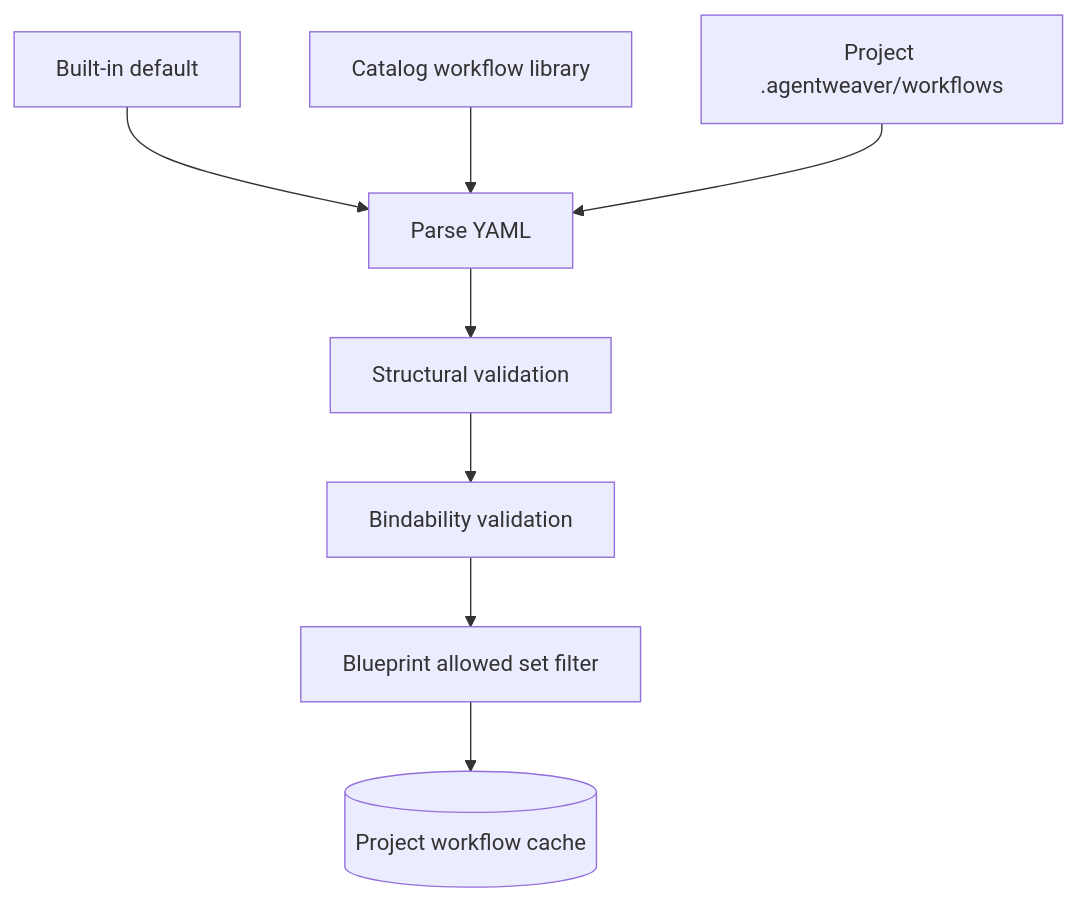
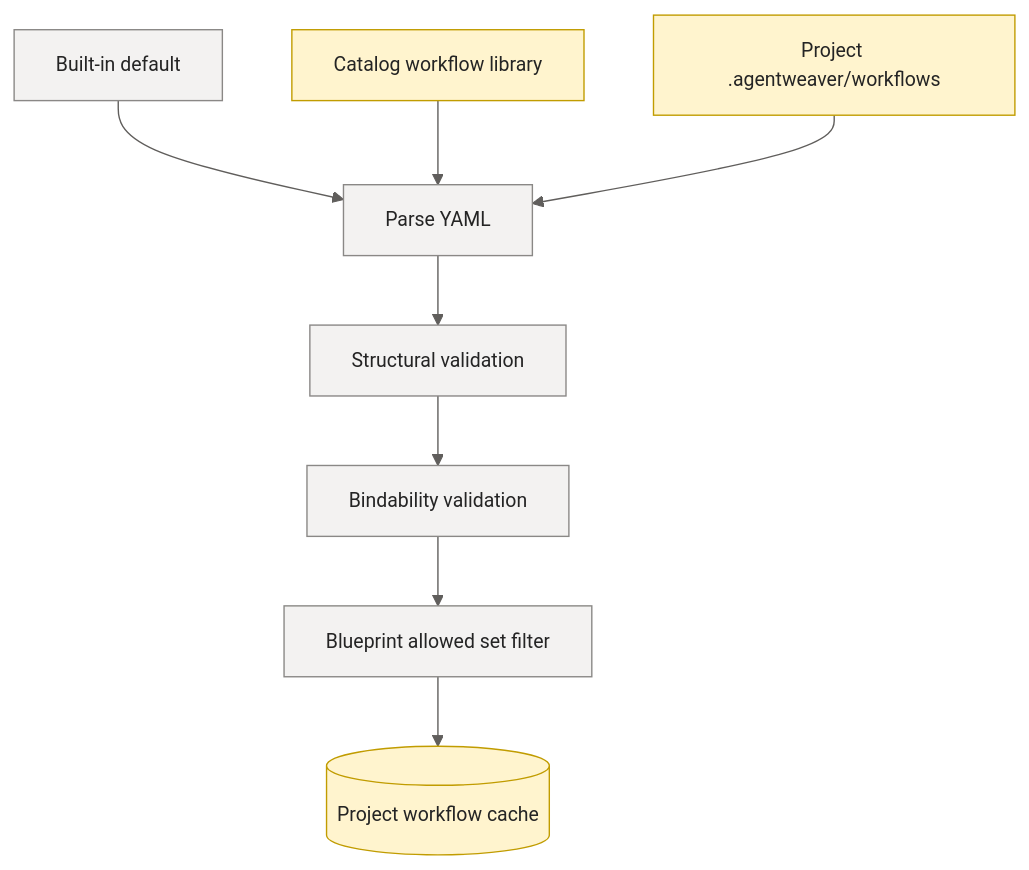
Before and after one commit to sabbour/agentweaver: the fifth of 11 diagrams in docs/deep-dive/workflow-engine.md, drawn with Mermaid. The commit also changed other lines of this file and 13 other files, not shown here.

````diff
--- a/docs/deep-dive/workflow-engine.md
+++ b/docs/deep-dive/workflow-engine.md
@@ -168,16 +242,28 @@
 ```mermaid
+%%{init: {'theme':'base','themeVariables':{'fontFamily':'Segoe UI, system-ui, -apple-system, sans-serif','fontSize':'14px','primaryColor':'#E8EEF9','primaryBorderColor':'#0F6CBD','primaryTextColor':'#242424','lineColor':'#605E5C','clusterBkg':'#FAF9F8','clusterBorder':'#D2D0CE','edgeLabelBackground':'#FFFFFF'}}}%%
 flowchart TD
     BuiltIn[Built-in default]
     Catalog[Catalog workflow library]
     ProjectFiles[Project .agentweaver/workflows]
     Load[Parse YAML]
     Validate[Structural validation]
     BindDryRun[Bindability validation]
     Allowed[Blueprint allowed set filter]
     Cache[(Project workflow cache)]
 
     BuiltIn --> Load
     Catalog --> Load
     ProjectFiles --> Load
     Load --> Validate --> BindDryRun --> Allowed --> Cache
+
+    classDef client fill:#E8EEF9,stroke:#0F6CBD,stroke-width:1px,color:#242424;
+    classDef svc fill:#F3F2F1,stroke:#8A8886,stroke-width:1px,color:#242424;
+    classDef core fill:#CFE4FA,stroke:#0F6CBD,stroke-width:2px,color:#242424;
+    classDef data fill:#FFF4CE,stroke:#C19C00,stroke-width:1px,color:#242424;
+    classDef ext fill:#F0E8F8,stroke:#8764B8,stroke-width:1px,color:#242424;
+    classDef runtime fill:#DDF3DD,stroke:#107C10,stroke-width:1px,color:#242424;
+    classDef evt fill:#D6F0F0,stroke:#038387,stroke-width:1px,color:#242424;
+
+    class BuiltIn,Load,Validate,BindDryRun,Allowed svc;
+    class Catalog,ProjectFiles,Cache data;
 ```
````
